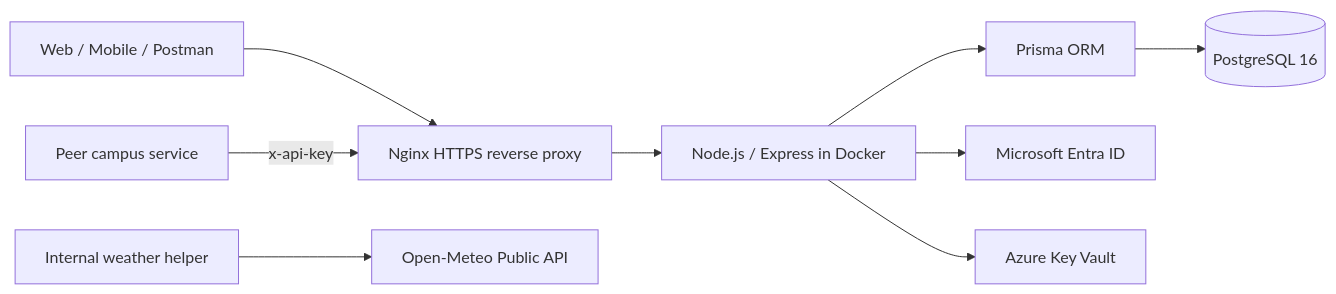
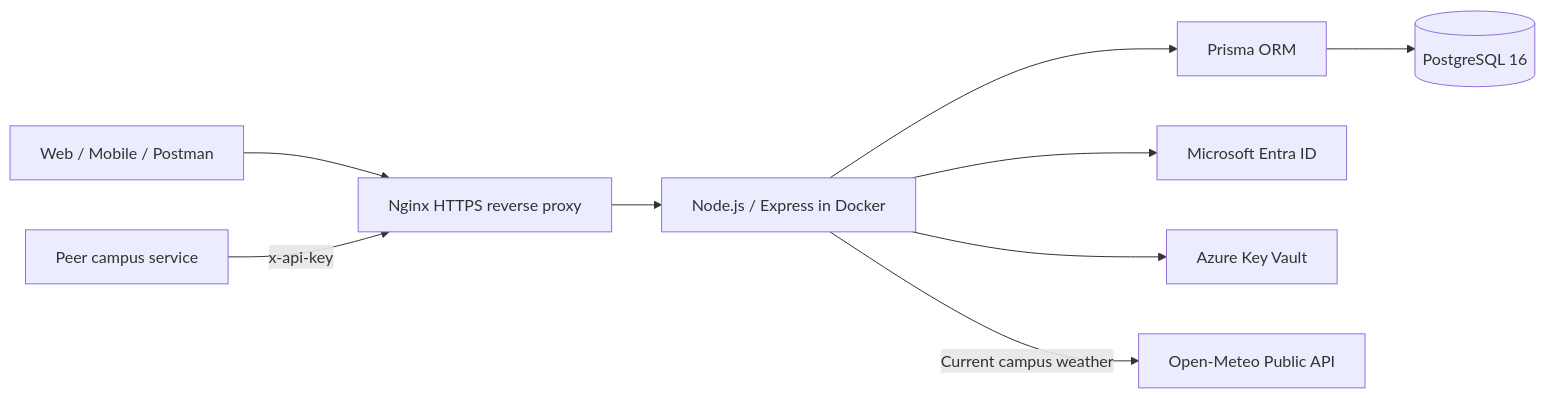
The diagram in README.md (kaungwaiyan96/campus-event-booking-api), drawn with Mermaid before and after one commit. The commit also changed other lines of this file and 6 other files, not shown here.

Commit message:
feat: expose public weather in event details

````diff
--- a/README.md
+++ b/README.md
@@ -7,11 +7,11 @@
 ```mermaid
 flowchart LR
     Client[Web / Mobile / Postman] --> Nginx[Nginx HTTPS reverse proxy]
     Peer[Peer campus service] -->|x-api-key| Nginx
     Nginx --> Node[Node.js / Express in Docker]
     Node --> Prisma[Prisma ORM]
     Prisma --> DB[(PostgreSQL 16)]
     Node --> Entra[Microsoft Entra ID]
     Node --> Vault[Azure Key Vault]
-    Helper[Internal weather helper] --> Meteo[Open-Meteo Public API]
+    Node -->|Current campus weather| Meteo[Open-Meteo Public API]
 ```
````
